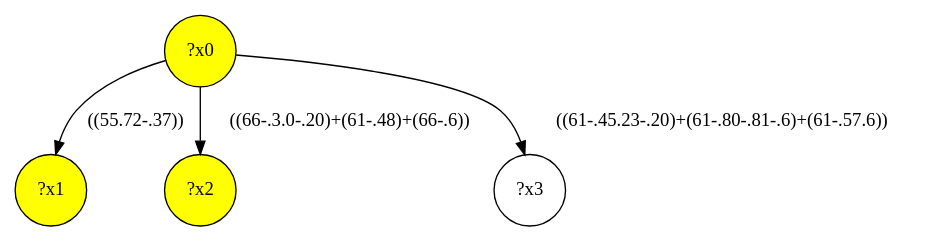
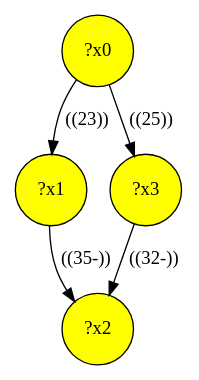
One commit to MathieuGicquel/federated-benchmark changed the diagram in lib/gmark/demo/shop/shop-interface/query-7.dot. Above: the diagram before and after it, drawn with Graphviz. The commit also changed 361 other files, not shown here.

```diff
--- a/lib/gmark/demo/shop/shop-interface/query-7.dot
+++ b/lib/gmark/demo/shop/shop-interface/query-7.dot
@@ -1,9 +1,10 @@
 digraph g {
+	x2 [fillcolor="yellow", style="filled," shape=circle, label="?x2"];
+	x0 [fillcolor="yellow", style="filled," shape=circle, label="?x0"];
 	x1 [fillcolor="yellow", style="filled," shape=circle, label="?x1"];
-	x0 [fillcolor="yellow", style="filled," shape=circle, label="?x0"];
-	x2 [fillcolor="yellow", style="filled," shape=circle, label="?x2"];
-	x0 -> x1 [label="((55.72-.37))"];
-	x0 -> x2 [label="((66-.3.0-.20)+(61-.48)+(66-.6))"];
-	x3 [shape=circle, label="?x3"];
-	x0 -> x3 [label="((61-.45.23-.20)+(61-.80-.81-.6)+(61-.57.6))"];
+	x3 [fillcolor="yellow", style="filled," shape=circle, label="?x3"];
+	x0 -> x1 [label="((23))"];
+	x1 -> x2 [label="((35-))"];
+	x0 -> x3 [label="((25))"];
+	x3 -> x2 [label="((32-))"];
 }
```
